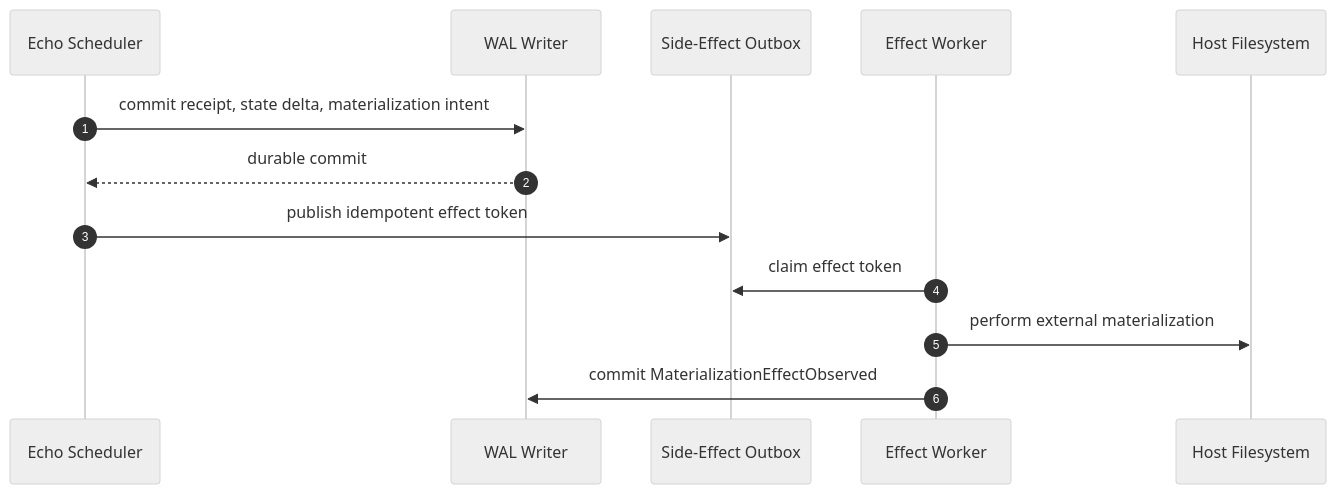
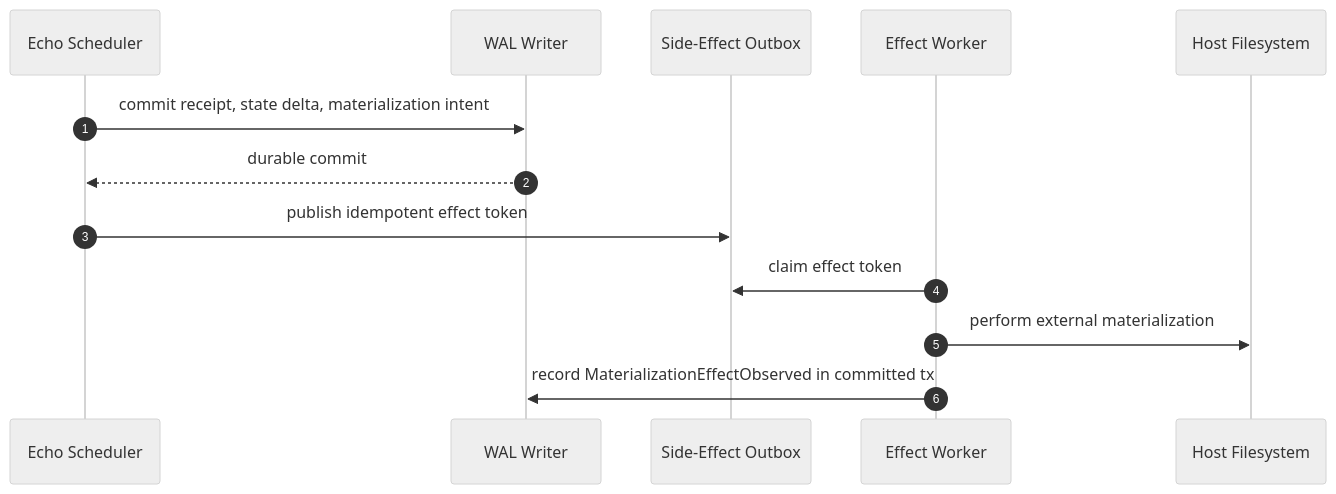
Before and after one commit to flyingrobots/echo: diagram 13 of 15 in docs/design/causal-wal-end-to-end.md, drawn with Mermaid (neutral theme). The commit also changed other lines of this file and 4 other files, not shown here.

````diff
--- a/docs/design/causal-wal-end-to-end.md
+++ b/docs/design/causal-wal-end-to-end.md
@@ -598,16 +752,16 @@
 ```mermaid
 sequenceDiagram
     autonumber
     participant Echo as Echo Scheduler
     participant Wal as WAL Writer
     participant Outbox as Side-Effect Outbox
     participant Worker as Effect Worker
     participant Host as Host Filesystem
 
     Echo->>Wal: commit receipt, state delta, materialization intent
     Wal-->>Echo: durable commit
     Echo->>Outbox: publish idempotent effect token
     Worker->>Outbox: claim effect token
     Worker->>Host: perform external materialization
-    Worker->>Wal: commit MaterializationEffectObserved
+    Worker->>Wal: record MaterializationEffectObserved in committed tx
 ```
````
